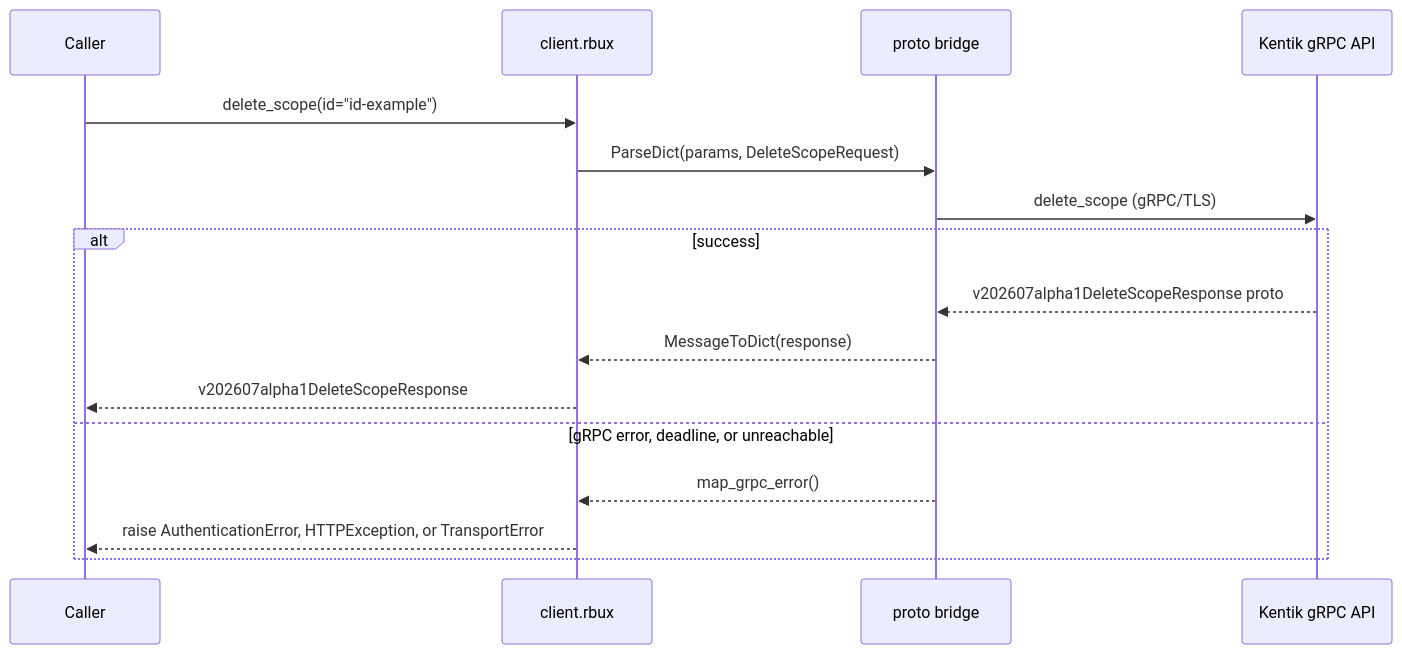
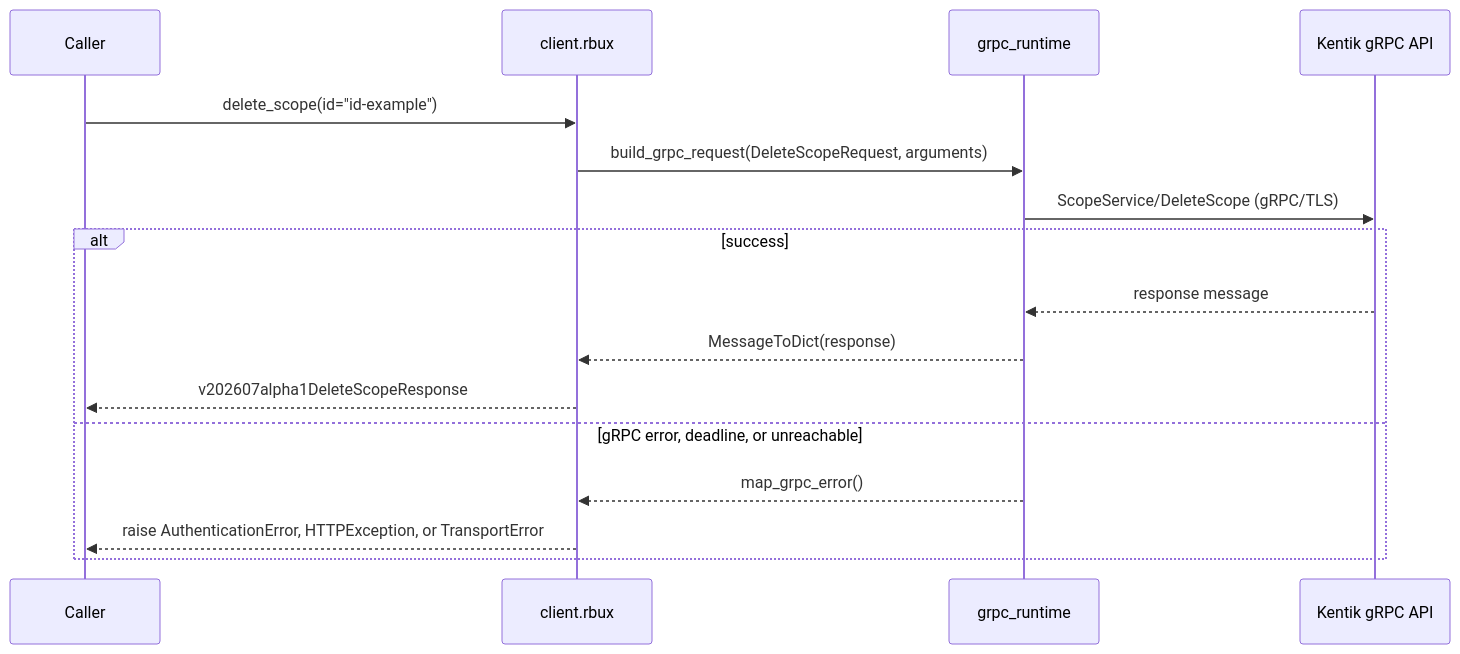
Diagram 11 of 12 in docs/sphinx/services/rbux.md (alexdearaujo/community_sdk_python), drawn with Mermaid before and after one commit. The commit also changed other lines of this file and 37 other files, not shown here.

First line of the commit message:
docs: show the real RPC in each service page's gRPC diagram

````diff
--- a/docs/sphinx/services/rbux.md
+++ b/docs/sphinx/services/rbux.md
@@ -357,19 +357,19 @@
 ```mermaid
 sequenceDiagram
     participant C as Caller
     participant W as client.rbux
-    participant B as proto bridge
+    participant R as grpc_runtime
     participant API as Kentik gRPC API
 
     C->>W: delete_scope(id="id-example")
-    W->>B: ParseDict(params, DeleteScopeRequest)
-    B->>API: delete_scope (gRPC/TLS)
+    W->>R: build_grpc_request(DeleteScopeRequest, arguments)
+    R->>API: ScopeService/DeleteScope (gRPC/TLS)
     alt success
-        API-->>B: v202607alpha1DeleteScopeResponse proto
-        B-->>W: MessageToDict(response)
+        API-->>R: response message
+        R-->>W: MessageToDict(response)
         W-->>C: v202607alpha1DeleteScopeResponse
     else gRPC error, deadline, or unreachable
-        B-->>W: map_grpc_error()
+        R-->>W: map_grpc_error()
         W-->>C: raise AuthenticationError, HTTPException, or TransportError
     end
 ```
````
